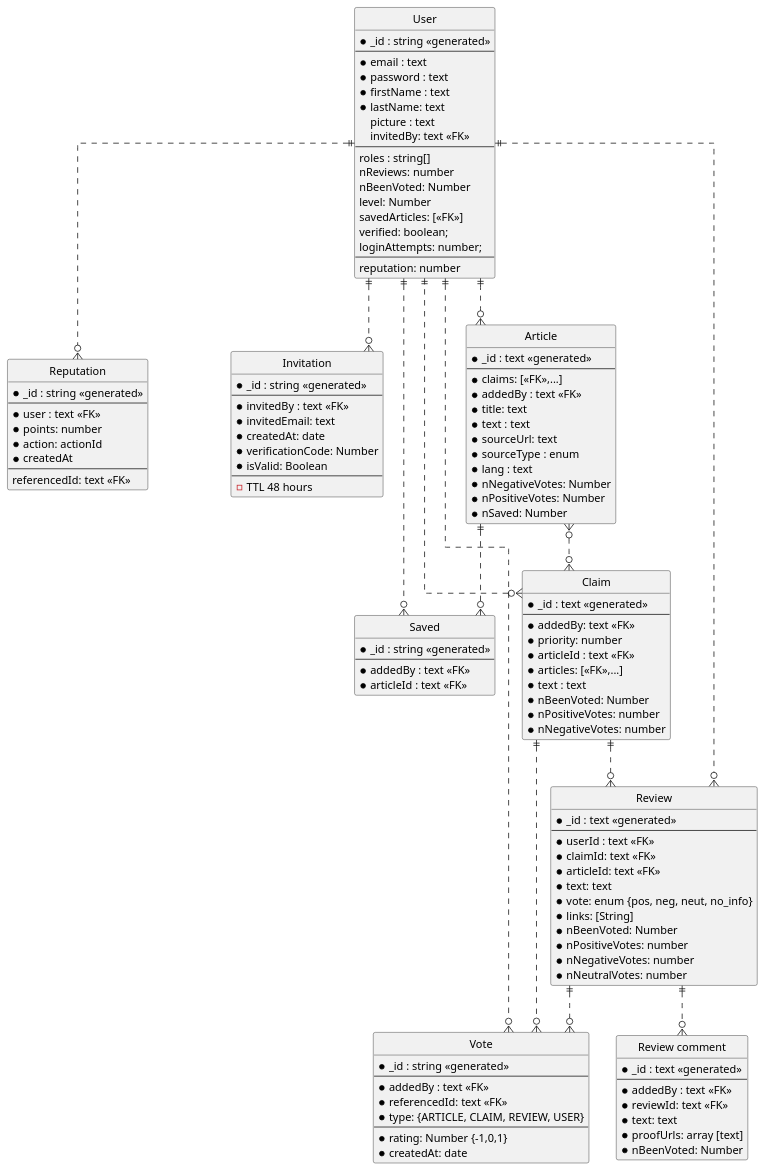
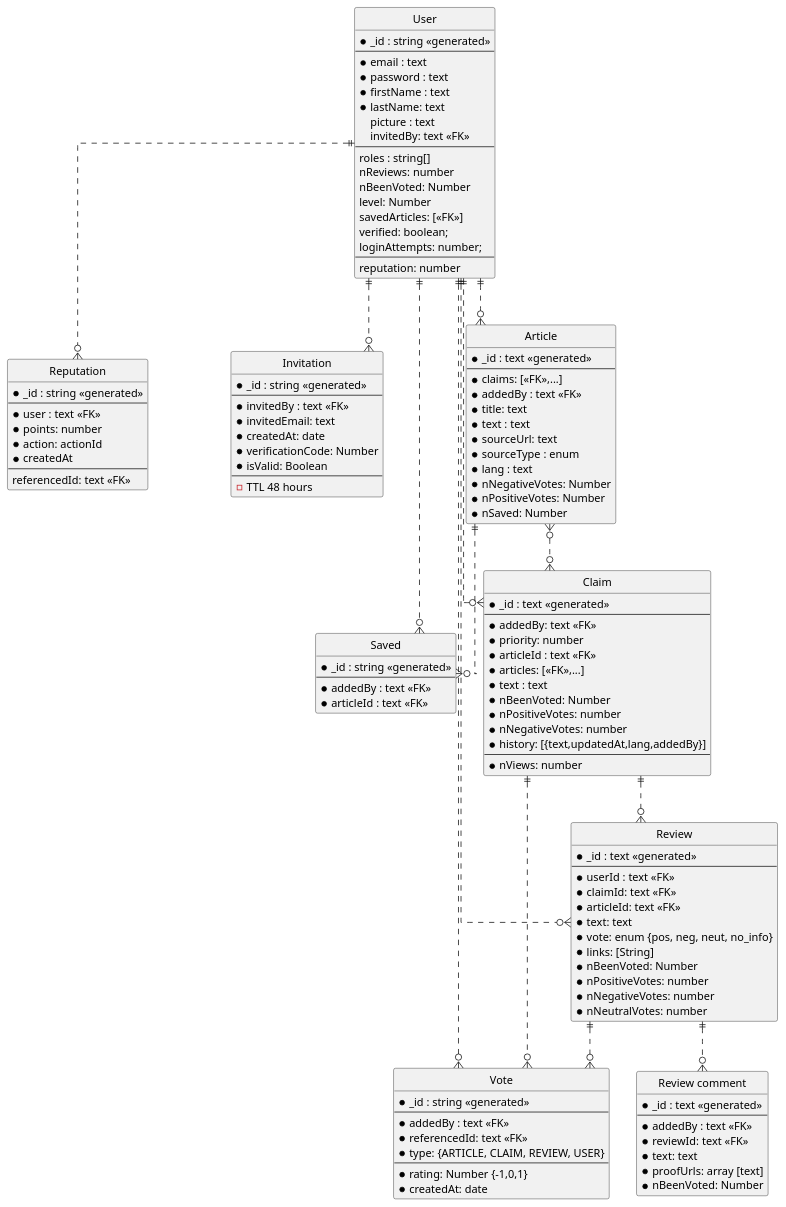
One commit to aic-factcheck/fact_check_api changed the diagram in uml_docs/entity_relations.puml. Above: the diagram before and after it, drawn with PlantUML. The commit also changed 12 other files, not shown here.

```diff
--- a/uml_docs/entity_relations.puml
+++ b/uml_docs/entity_relations.puml
@@ -1,139 +1,142 @@
 @startuml Entity relations
 ' hide the spot
 hide circle
 
 ' avoid problems with angled crows feet
 skinparam linetype ortho
 
 entity "User" as user {
   *_id : string <<generated>>
   --
   *email : text
   *password : text
   *firstName : text
   *lastName: text
   picture : text
   invitedBy: text <<FK>>
   --
   roles : string[]
   nReviews: number
   nBeenVoted: Number
   level: Number
   savedArticles: [<<FK>>]
   verified: boolean;
   loginAttempts: number;
   --
   reputation: number
 }
 
 entity "Reputation" as rep {
   *_id : string <<generated>>
   --
   *user : text <<FK>>
   *points: number
   *action: actionId
   *createdAt
   --
   referencedId: text <<FK>>
 }
 
 entity "Saved" as saved {
   *_id : string <<generated>>
   --
   *addedBy : text <<FK>>
   *articleId : text <<FK>>
 }
 
 entity "Invitation" as inv {
   *_id : string <<generated>>
   --
   *invitedBy : text <<FK>>
   *invitedEmail: text
   *createdAt: date
   *verificationCode: Number
   *isValid: Boolean
   --
   - TTL 48 hours
 }
 
 entity "Vote" as vote {
   *_id : string <<generated>>
   --
   *addedBy : text <<FK>>
   *referencedId: text <<FK>>
   *type: {ARTICLE, CLAIM, REVIEW, USER}
   --
   ' *text: Text
   *rating: Number {-1,0,1}
   *createdAt: date
 }
 
 entity "Article" as article {
   *_id : text <<generated>>
   --
   *claims: [<<FK>>,...]
   *addedBy : text <<FK>>
   *title: text
   *text : text
   *sourceUrl: text
   *sourceType : enum
   *lang : text
   *nNegativeVotes: Number
   *nPositiveVotes: Number
   *nSaved: Number
 }
 
 entity "Claim" as claim {
   *_id : text <<generated>>
   --
   *addedBy: text <<FK>>
   *priority: number
   *articleId : text <<FK>>
   *articles: [<<FK>>,...]
   *text : text
   *nBeenVoted: Number
   *nPositiveVotes: number
   *nNegativeVotes: number
+  *history: [{text,updatedAt,lang,addedBy}]
+  --
+  *nViews: number
 }
 
 entity "Review" as review {
   *_id : text <<generated>>
   --
   *userId : text <<FK>>
   *claimId: text <<FK>>
   *articleId: text <<FK>>
   *text: text
   *vote: enum {pos, neg, neut, no_info}
   *links: [String]
   *nBeenVoted: Number
   *nPositiveVotes: number
   *nNegativeVotes: number
   *nNeutralVotes: number
 }
 
 entity "Review comment" as reviewComment {
   *_id : text <<generated>>
   --
   *addedBy : text <<FK>>
   *reviewId: text <<FK>>
   *text: text
   *proofUrls: array [text] 
   *nBeenVoted: Number
 }
 
 user ||..o{ article
 user ||..o{ inv
 user ||..o{ saved
 user ||..o{ vote
 user ||..o{ rep
 article }o..o{ claim
 article ||..o{ saved
 ' article ||..o{ vote
 user ||..o{ review
 ' user ||..o{ vote
 claim ||..o{ review
 claim }o..|| user
 claim ||..o{ vote
 review ||..o{ reviewComment
 review ||..o{ vote
 @enduml
```
